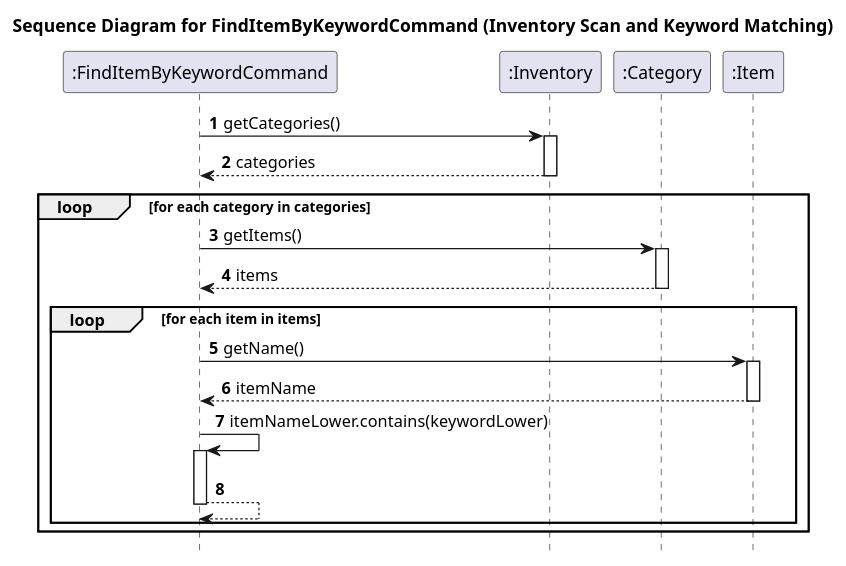
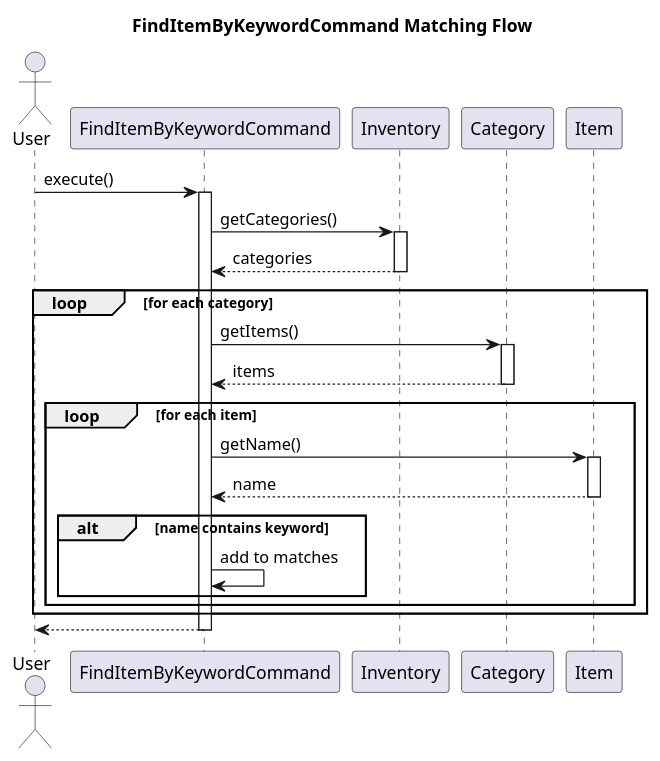
One commit to KOIiiii07/tp changed the diagram in docs/diagrams/sequence/FindItemByKeywordCommandMatchingFlow.puml. Above: the diagram before and after it, drawn with PlantUML. The commit also changed 7 other files, not shown here.

Commit message:
DG & UI Fixes v2 - fixed DeleteItemCommandExecutionFlow.puml and FindItemByKeywordCommand Diagrams

```diff
--- a/docs/diagrams/sequence/FindItemByKeywordCommandMatchingFlow.puml
+++ b/docs/diagrams/sequence/FindItemByKeywordCommandMatchingFlow.puml
@@ -1,35 +1,39 @@
 @startuml
-title Sequence Diagram for FindItemByKeywordCommand (Inventory Scan and Keyword Matching)
+title FindItemByKeywordCommand Matching Flow
 
-autonumber
-hide footbox
+actor User
+participant FindItemByKeywordCommand
+participant Inventory
+participant Category
+participant Item
 
-participant ":FindItemByKeywordCommand" as FindItemByKeywordCommand
-participant ":Inventory" as Inventory
-participant ":Category" as Category
-participant ":Item" as Item
+User -> FindItemByKeywordCommand : execute()
+activate FindItemByKeywordCommand
 
-FindItemByKeywordCommand -> Inventory: getCategories()
+FindItemByKeywordCommand -> Inventory : getCategories()
 activate Inventory
-Inventory --> FindItemByKeywordCommand: categories
+Inventory --> FindItemByKeywordCommand : categories
 deactivate Inventory
 
-loop for each category in categories
-    FindItemByKeywordCommand -> Category: getItems()
+loop for each category
+    FindItemByKeywordCommand -> Category : getItems()
     activate Category
-    Category --> FindItemByKeywordCommand: items
+    Category --> FindItemByKeywordCommand : items
     deactivate Category
 
-    loop for each item in items
-        FindItemByKeywordCommand -> Item: getName()
+    loop for each item
+        FindItemByKeywordCommand -> Item : getName()
         activate Item
-        Item --> FindItemByKeywordCommand: itemName
+        Item --> FindItemByKeywordCommand : name
         deactivate Item
 
-        FindItemByKeywordCommand -> FindItemByKeywordCommand: itemNameLower.contains(keywordLower)
-        activate FindItemByKeywordCommand
-        FindItemByKeywordCommand --> FindItemByKeywordCommand
-        deactivate FindItemByKeywordCommand
+        alt name contains keyword
+            FindItemByKeywordCommand -> FindItemByKeywordCommand : add to matches
+        end
     end
 end
+
+FindItemByKeywordCommand --> User
+deactivate FindItemByKeywordCommand
+
 @enduml
```
